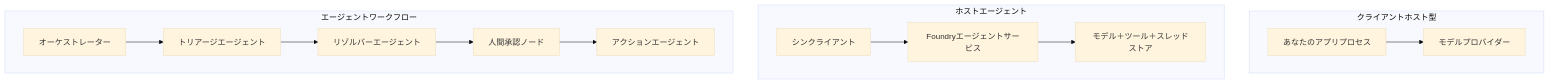
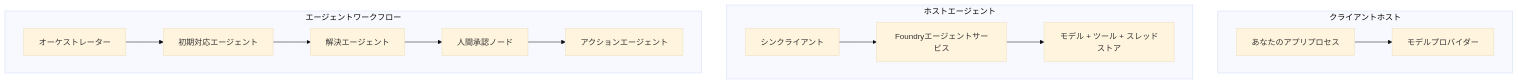
Before and after one commit to microsoft/ai-agents-for-beginners: the first of 4 diagrams in translations/ja/16-deploying-scalable-agents/README.md, drawn with Mermaid (base theme). The commit also changed other lines of this file and 46 other files, not shown here.

````diff
--- a/translations/ja/16-deploying-scalable-agents/README.md
+++ b/translations/ja/16-deploying-scalable-agents/README.md
@@ -87,16 +87,16 @@
 ```mermaid
 flowchart TB
-    subgraph P1[クライアントホスト型]
+    subgraph P1[クライアントホスト]
         A1[あなたのアプリプロセス] --> M1[モデルプロバイダー]
     end
     subgraph P2[ホストエージェント]
         A2[シンクライアント] --> F2[Foundryエージェントサービス]
-        F2 --> M2[モデル＋ツール＋スレッドストア]
+        F2 --> M2[モデル + ツール + スレッドストア]
     end
     subgraph P3[エージェントワークフロー]
-        A3[オーケストレーター] --> S1[トリアージエージェント]
-        S1 --> S2[リゾルバーエージェント]
+        A3[オーケストレーター] --> S1[初期対応エージェント]
+        S1 --> S2[解決エージェント]
         S2 --> H[人間承認ノード]
         H --> S3[アクションエージェント]
     end
 ```
````
